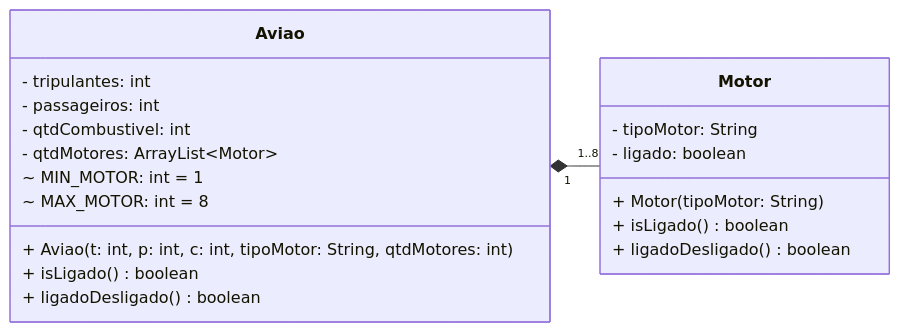
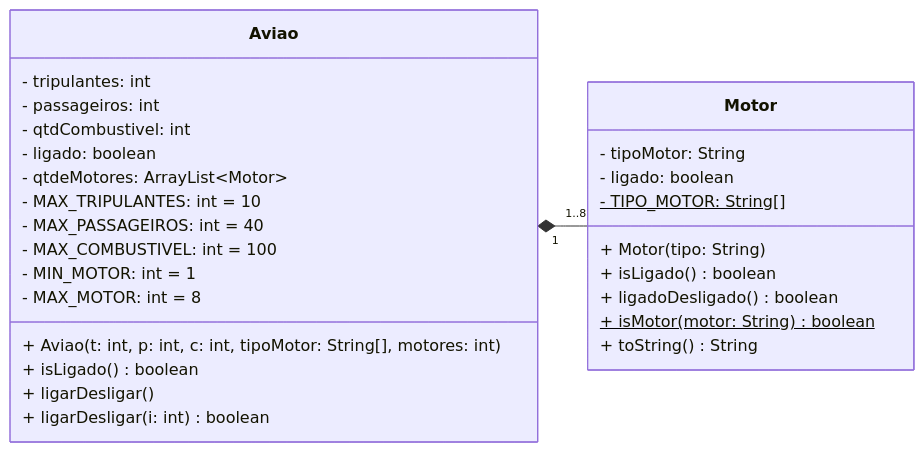
One commit to kaleu-b/poo changed the diagram in aula15/ex15/readme.md. Above: the diagram before and after it, drawn with Mermaid. The commit also changed 1 other file, not shown here.

Commit message:
ajustando o diagrama e correções menores

````diff
--- a/aula15/ex15/readme.md
+++ b/aula15/ex15/readme.md
@@ -1,24 +1,34 @@
 ```mermaid
-    classDiagram
+   classDiagram
     direction LR
+
     class Aviao {
         - tripulantes: int
         - passageiros: int
         - qtdCombustivel: int
-        - qtdMotores: ArrayList~Motor~
-        ~ MIN_MOTOR: int = 1
-        ~ MAX_MOTOR: int = 8
-        + Aviao(t: int, p: int, c: int, tipoMotor: String, qtdMotores: int)
+        - ligado: boolean
+        - qtdeMotores: ArrayList~Motor~
+        - MAX_TRIPULANTES: int = 10
+        - MAX_PASSAGEIROS: int = 40
+        - MAX_COMBUSTIVEL: int = 100
+        - MIN_MOTOR: int = 1
+        - MAX_MOTOR: int = 8
+        + Aviao(t: int, p: int, c: int, tipoMotor: String[], motores: int)
+        + isLigado() boolean
+        + ligarDesligar()
+        + ligarDesligar(i: int) boolean
+    }
+
+    class Motor {
+        - tipoMotor: String
+        - ligado: boolean
+        - TIPO_MOTOR: String[]$
+        + Motor(tipo: String)
         + isLigado() boolean
         + ligadoDesligado() boolean
+        + isMotor(motor: String)$ boolean
+        + toString() String
     }
-    
-    class Motor{
-        - tipoMotor: String
-        - ligado: boolean
-        + Motor(tipoMotor: String)
-        + isLigado() boolean
-        + ligadoDesligado() boolean
-    }
+
     Aviao "1" *-- "1..8" Motor
 ```
````
